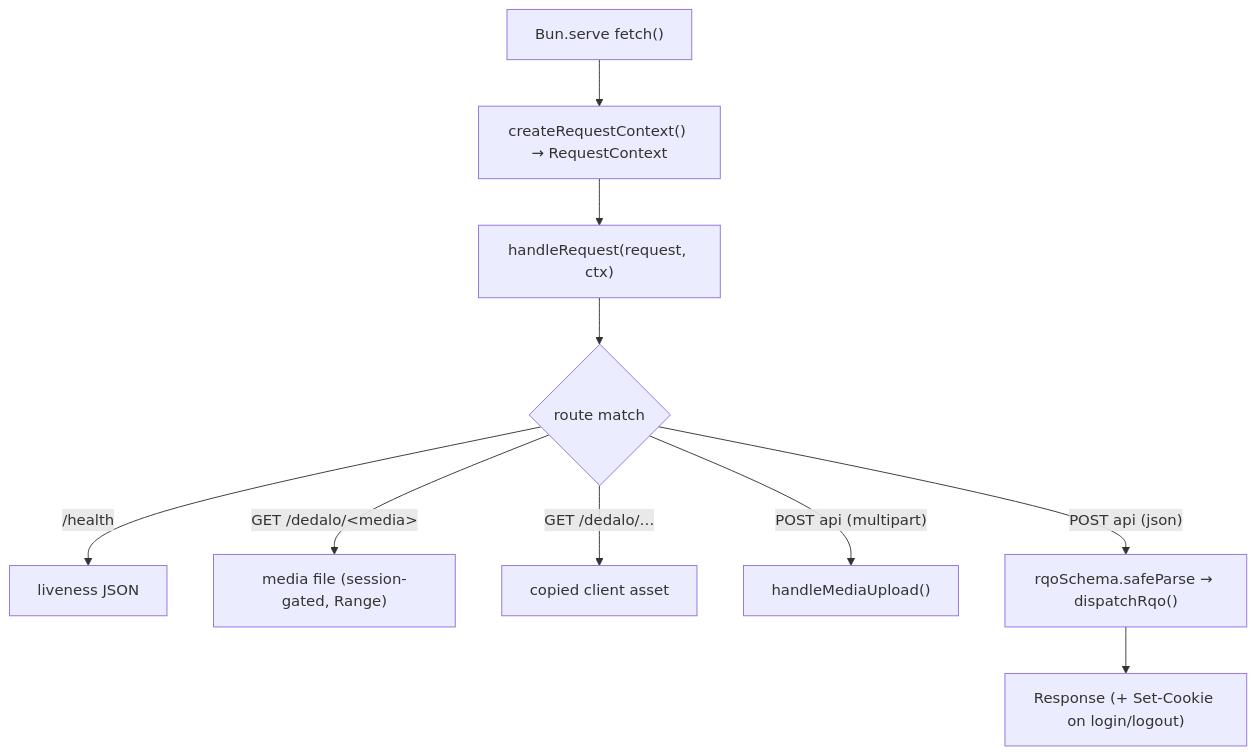
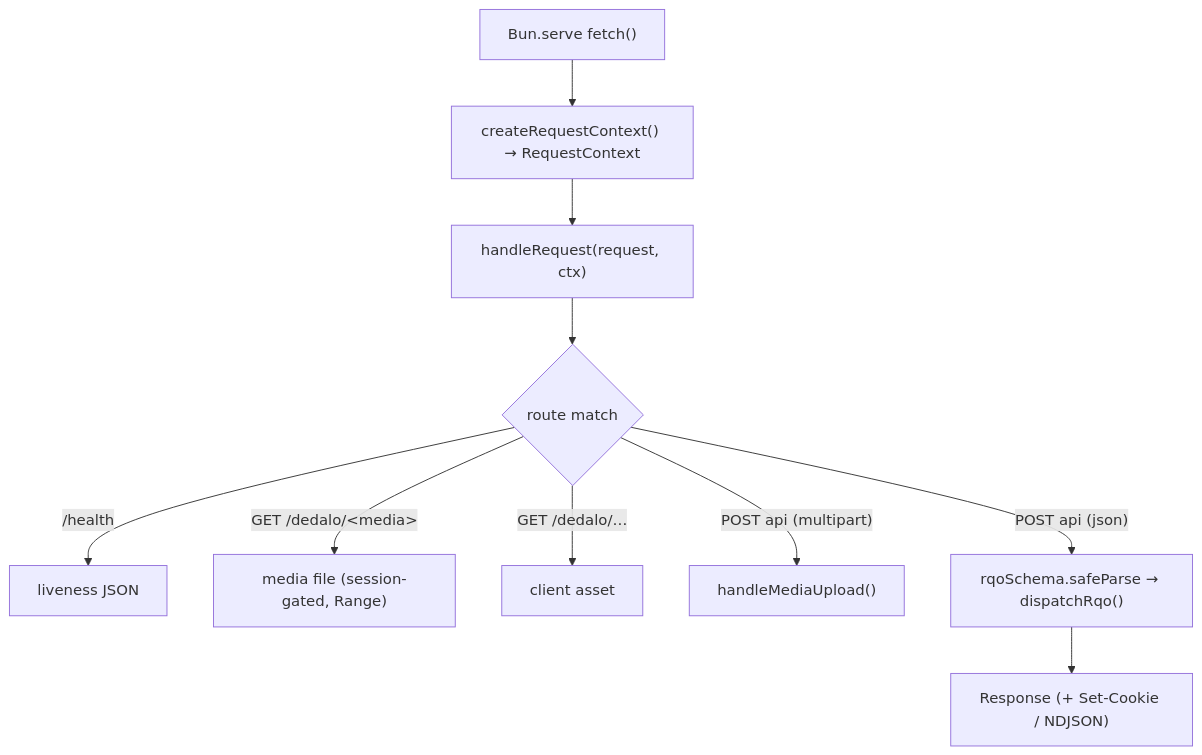
Before and after one commit to renderpci/dedalo: the first of 2 diagrams in docs/development/runtime_and_workers.md, drawn with Mermaid. The commit also changed other lines of this file and 9 other files, not shown here.

````diff
--- a/docs/development/runtime_and_workers.md
+++ b/docs/development/runtime_and_workers.md
@@ -131,12 +103,12 @@
 ```mermaid
 flowchart TD
     A["Bun.serve fetch()"] --> B["createRequestContext() → RequestContext"]
     B --> C["handleRequest(request, ctx)"]
     C --> D{"route match"}
     D -->|"/health"| H["liveness JSON"]
     D -->|"GET /dedalo/&lt;media&gt;"| M["media file (session-gated, Range)"]
-    D -->|"GET /dedalo/…"| S["copied client asset"]
+    D -->|"GET /dedalo/…"| S["client asset"]
     D -->|"POST api (multipart)"| U["handleMediaUpload()"]
     D -->|"POST api (json)"| API["rqoSchema.safeParse → dispatchRqo()"]
-    API --> R["Response (+ Set-Cookie on login/logout)"]
+    API --> R["Response (+ Set-Cookie / NDJSON)"]
 ```
````
